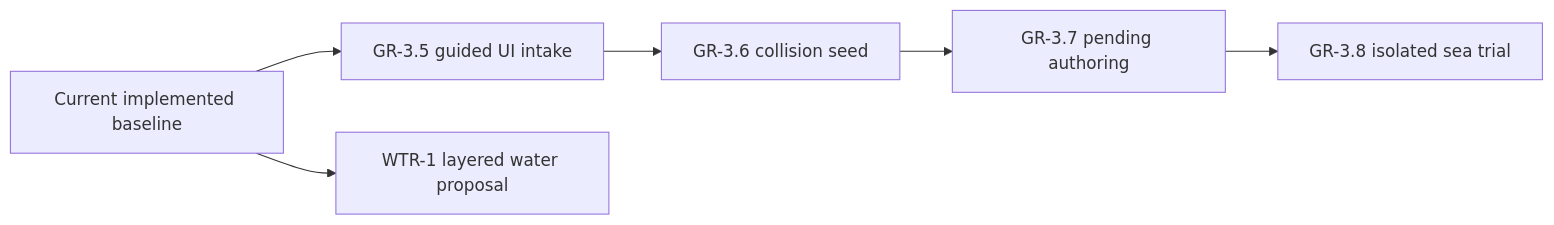
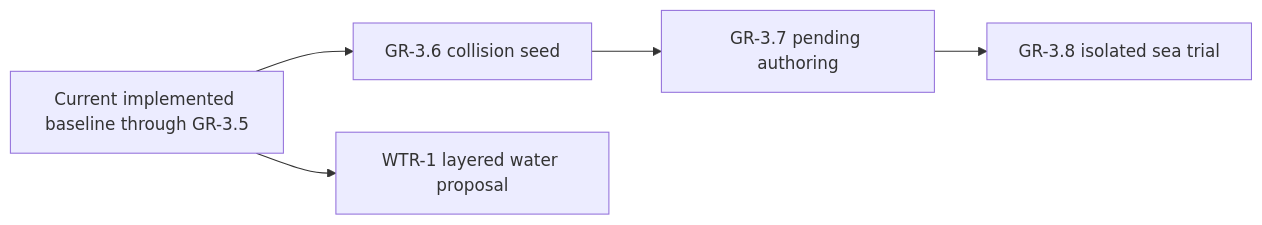
One commit to anthonyoconnor/wayfinders changed the diagram in docs/Wayfinders_Roadmap.md. Above: the diagram before and after it, drawn with Mermaid. The commit also changed other lines of this file and 17 other files, not shown here.

Commit message:
Complete GR-3.5 guided asset intake

````diff
--- a/docs/Wayfinders_Roadmap.md
+++ b/docs/Wayfinders_Roadmap.md
@@ -162,8 +142,7 @@
 ```mermaid
 flowchart LR
-    B["Current implemented baseline"] --> GR35["GR-3.5 guided UI intake"]
-    GR35 --> GR36["GR-3.6 collision seed"]
+    B["Current implemented baseline through GR-3.5"] --> GR36["GR-3.6 collision seed"]
     GR36 --> GR37["GR-3.7 pending authoring"]
     GR37 --> GR38["GR-3.8 isolated sea trial"]
     B --> WTR["WTR-1 layered water proposal"]
 ```
````
